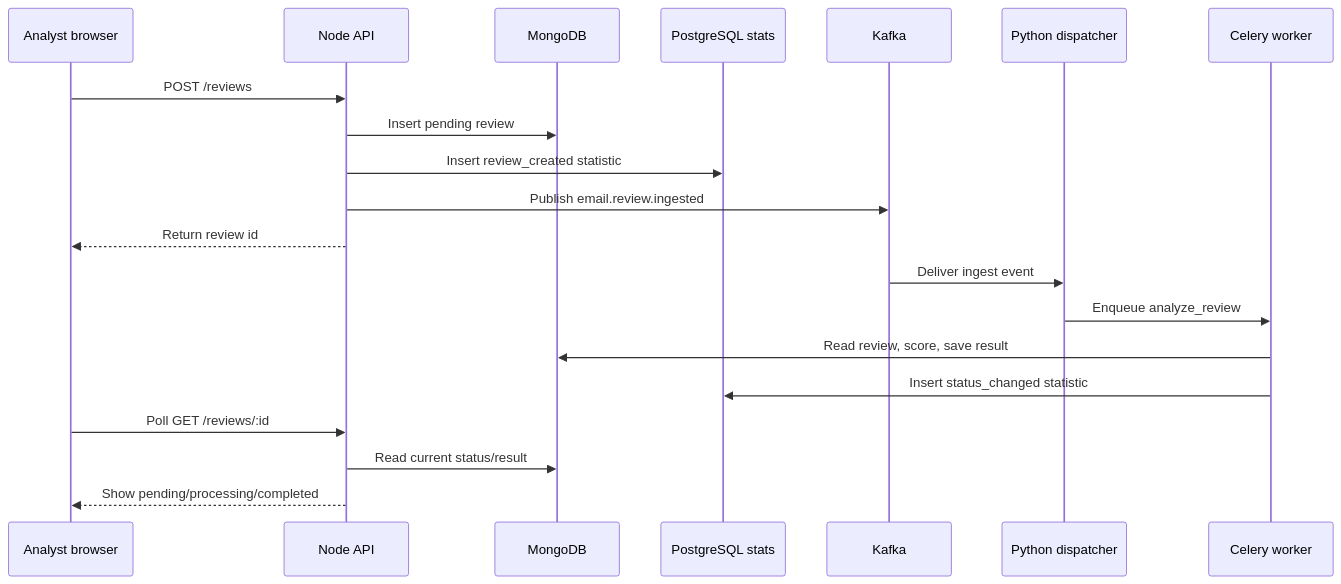
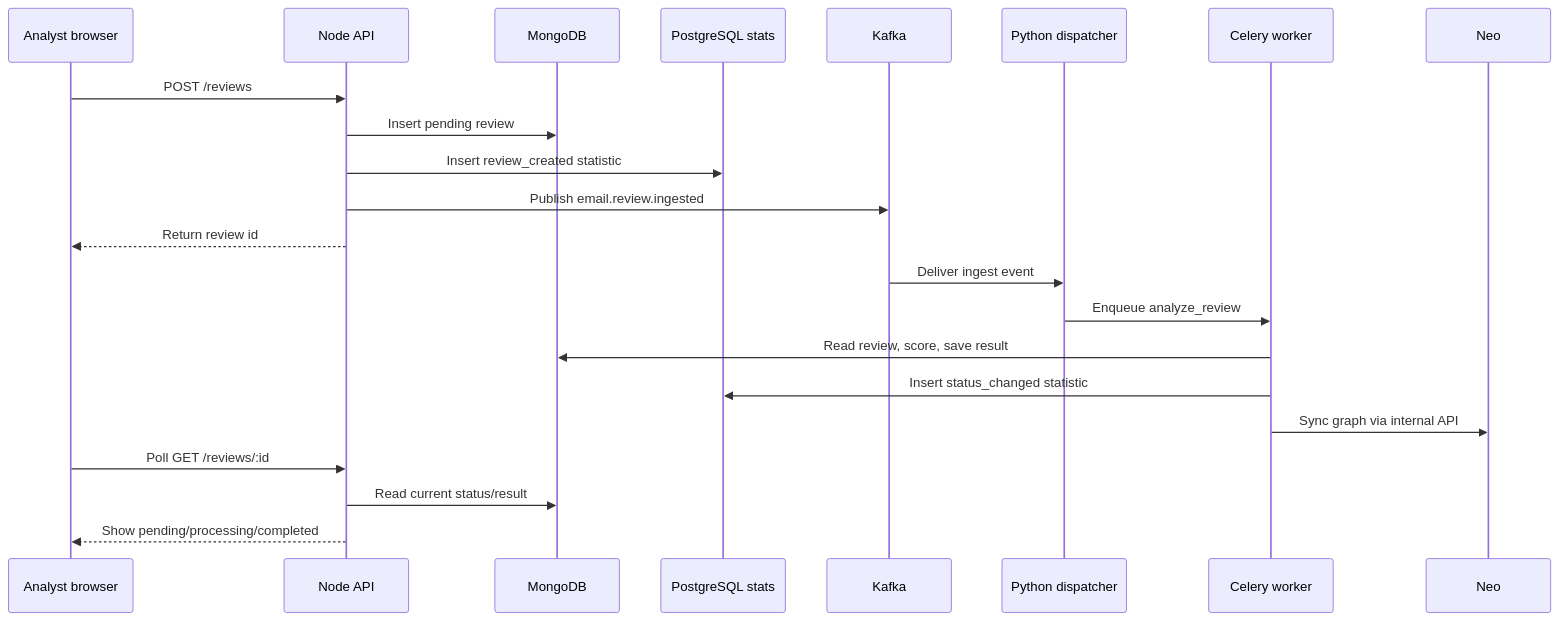
The diagram in docs/architecture.md (OferElboher/suspicious-email-triage), drawn with Mermaid before and after one commit. The commit also changed other lines of this file and 40 other files, not shown here.

First line of the commit message:
Add Neo4j phishing graph analysis and expand LLM DB context docs.

````diff
--- a/docs/architecture.md
+++ b/docs/architecture.md
@@ -52,23 +54,24 @@
 ```mermaid
 sequenceDiagram
   participant U as Analyst browser
   participant A as Node API
   participant M as MongoDB
   participant P as PostgreSQL stats
   participant K as Kafka
   participant D as Python dispatcher
   participant C as Celery worker
 
   U->>A: POST /reviews
   A->>M: Insert pending review
   A->>P: Insert review_created statistic
   A->>K: Publish email.review.ingested
   A-->>U: Return review id
   K->>D: Deliver ingest event
   D->>C: Enqueue analyze_review
   C->>M: Read review, score, save result
   C->>P: Insert status_changed statistic
+  C->>Neo: Sync graph via internal API
   U->>A: Poll GET /reviews/:id
   A->>M: Read current status/result
   A-->>U: Show pending/processing/completed
 ```
````
